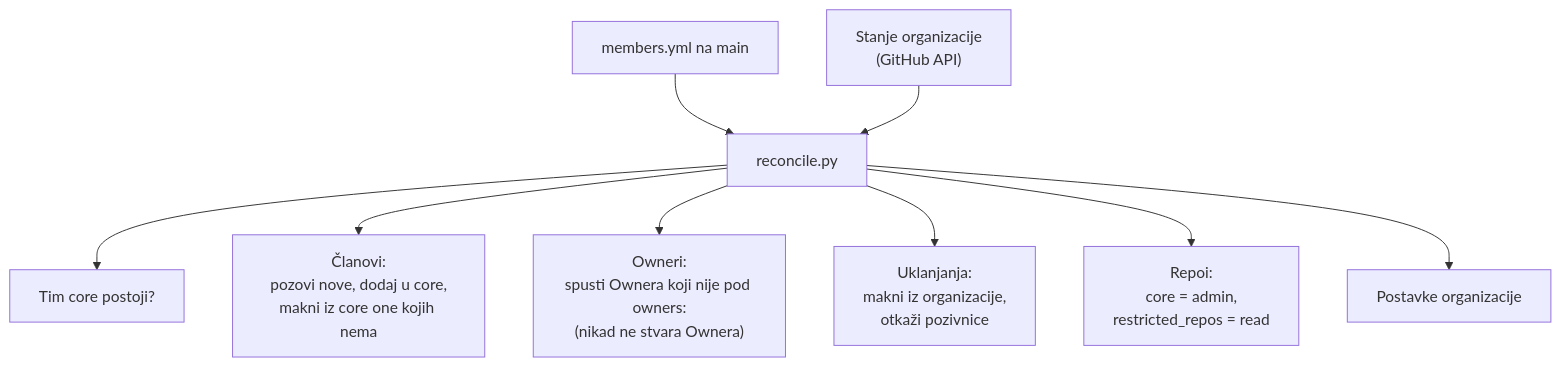
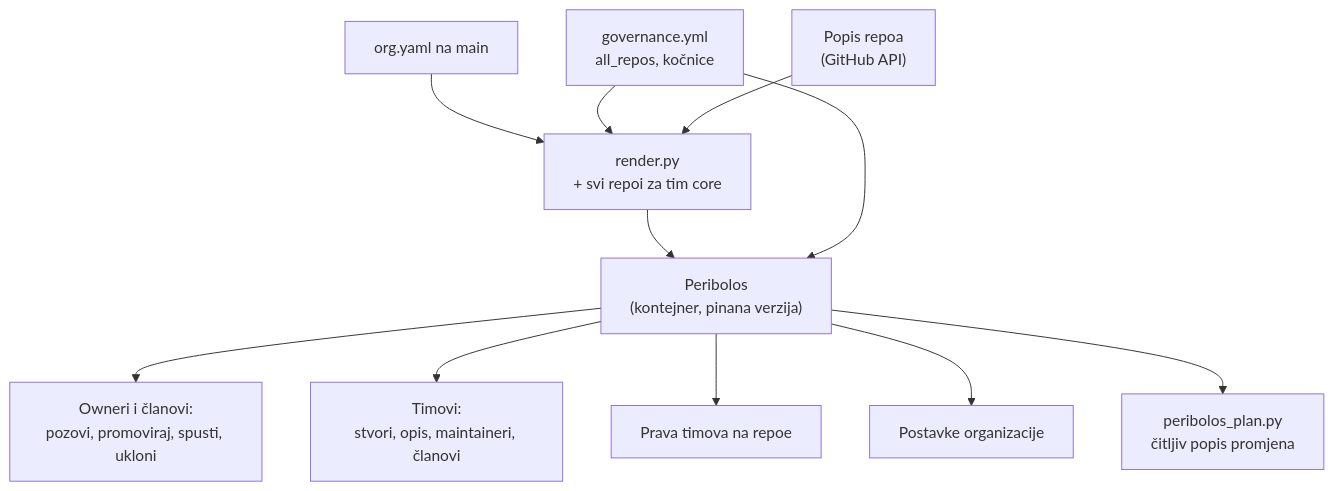
Before and after one commit to catholicit/governance: the sixth of 14 diagrams in docs/arhitektura.md, drawn with Mermaid. The commit also changed other lines of this file and 11 other files, not shown here.

````diff
--- a/docs/arhitektura.md
+++ b/docs/arhitektura.md
@@ -190,11 +197,13 @@
 ```mermaid
 flowchart TD
-    Y["members.yml na main"] --> R["reconcile.py"]
-    GHAPI["Stanje organizacije<br/>(GitHub API)"] --> R
-    R --> T1["Tim core postoji?"]
-    R --> T2["Članovi:<br/>pozovi nove, dodaj u core,<br/>makni iz core one kojih nema"]
-    R --> T3["Owneri:<br/>spusti Ownera koji nije pod owners:<br/>(nikad ne stvara Ownera)"]
-    R --> T4["Uklanjanja:<br/>makni iz organizacije,<br/>otkaži pozivnice"]
-    R --> T5["Repoi:<br/>core = admin,<br/>restricted_repos = read"]
-    R --> T6["Postavke organizacije"]
+    Y["org.yaml na main"] --> RD["render.py<br/>+ svi repoi za tim core"]
+    GV["governance.yml<br/>all_repos, kočnice"] --> RD
+    GHAPI["Popis repoa<br/>(GitHub API)"] --> RD
+    RD --> P["Peribolos<br/>(kontejner, pinana verzija)"]
+    GV --> P
+    P --> T1["Owneri i članovi:<br/>pozovi, promoviraj, spusti, ukloni"]
+    P --> T2["Timovi:<br/>stvori, opis, maintaineri, članovi"]
+    P --> T3["Prava timova na repoe"]
+    P --> T4["Postavke organizacije"]
+    P --> F["peribolos_plan.py<br/>čitljiv popis promjena"]
 ```
````
